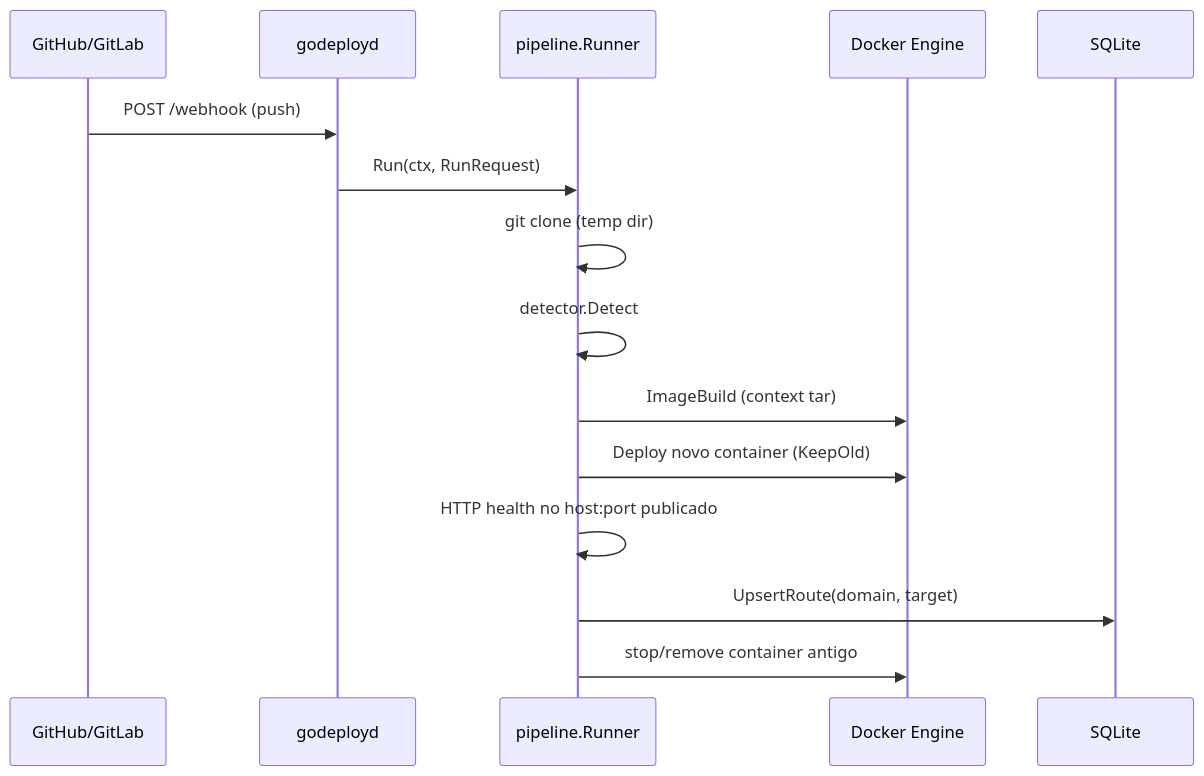
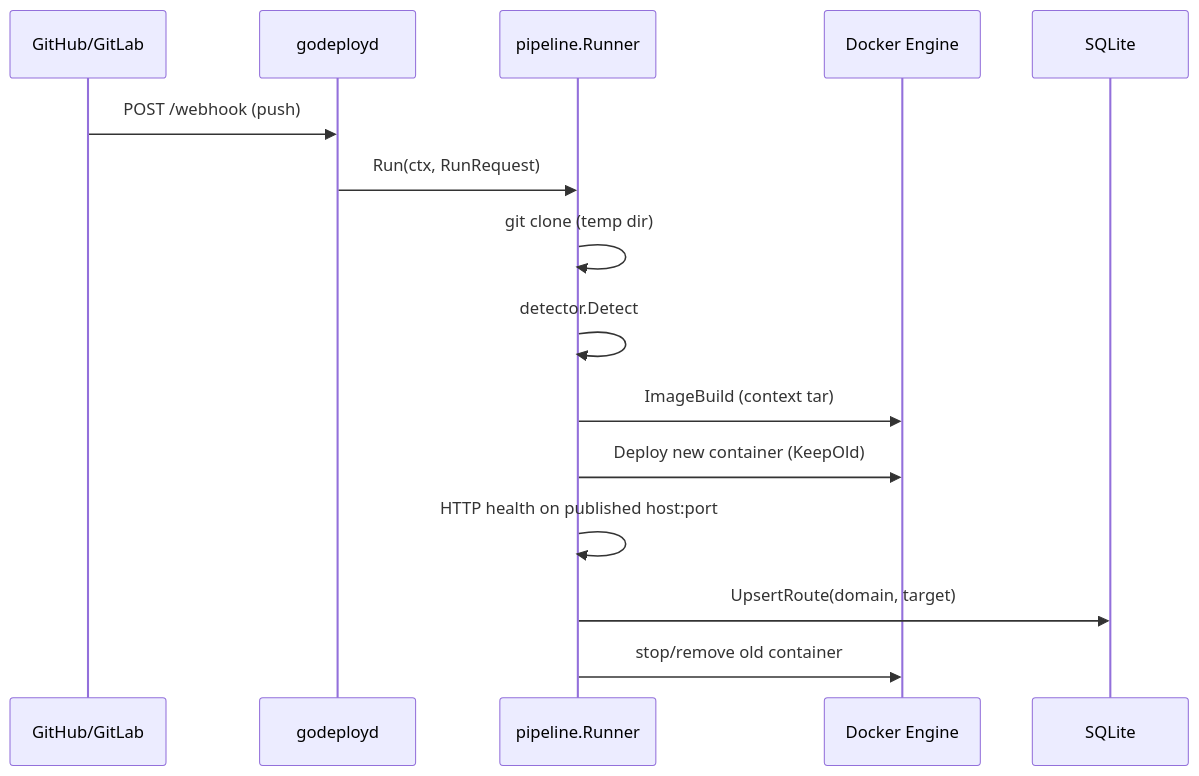
One commit to ESousa97/godeploy-platform changed the diagram in docs/architecture.md. Above: the diagram before and after it, drawn with Mermaid. The commit also changed other lines of this file and 24 other files, not shown here.

````diff
--- a/docs/architecture.md
+++ b/docs/architecture.md
@@ -5,18 +5,18 @@
 ```mermaid
 sequenceDiagram
   participant GH as GitHub/GitLab
   participant D as godeployd
   participant P as pipeline.Runner
   participant DK as Docker Engine
   participant DB as SQLite
 
   GH->>D: POST /webhook (push)
   D->>P: Run(ctx, RunRequest)
   P->>P: git clone (temp dir)
   P->>P: detector.Detect
   P->>DK: ImageBuild (context tar)
-  P->>DK: Deploy novo container (KeepOld)
-  P->>P: HTTP health no host:port publicado
+  P->>DK: Deploy new container (KeepOld)
+  P->>P: HTTP health on published host:port
   P->>DB: UpsertRoute(domain, target)
-  P->>DK: stop/remove container antigo
+  P->>DK: stop/remove old container
 ```
````
